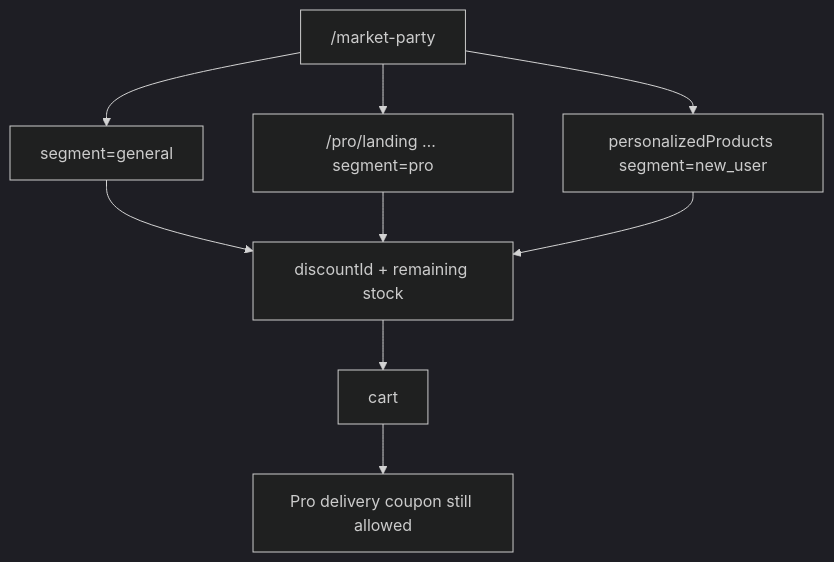
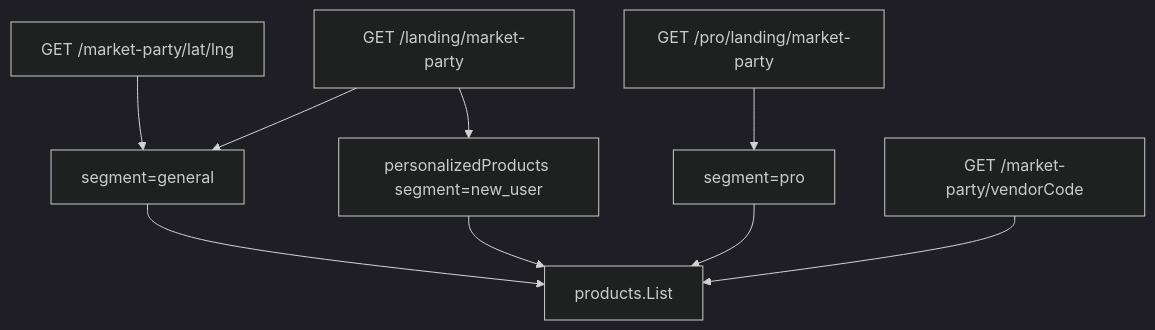
The tenth of 12 diagrams in README.md (erfnzdeh/snapp-hack), drawn with Mermaid (dark theme) before and after one commit. The commit also changed other lines of this file, not shown here.

````diff
--- a/README.md
+++ b/README.md
@@ -376,11 +720,11 @@
 ```mermaid
 flowchart TB
-  MP["/market-party"] --> GEN["segment=general"]
-  MP --> PRO["/pro/landing … segment=pro"]
-  MP --> NU["personalizedProducts segment=new_user"]
-  GEN --> SKU["discountId + remaining stock"]
-  PRO --> SKU
+  L["GET /market-party/lat/lng"] --> GEN["segment=general"]
+  PL["GET /landing/market-party"] --> GEN
+  PL --> NU["personalizedProducts segment=new_user"]
+  PRO["GET /pro/landing/market-party"] --> SPRO["segment=pro"]
+  V["GET /market-party/vendorCode"] --> SKU["products.List"]
+  GEN --> SKU
+  SPRO --> SKU
   NU --> SKU
-  SKU --> CART["cart"]
-  CART --> C2522["Pro delivery coupon still allowed"]
 ```
````
